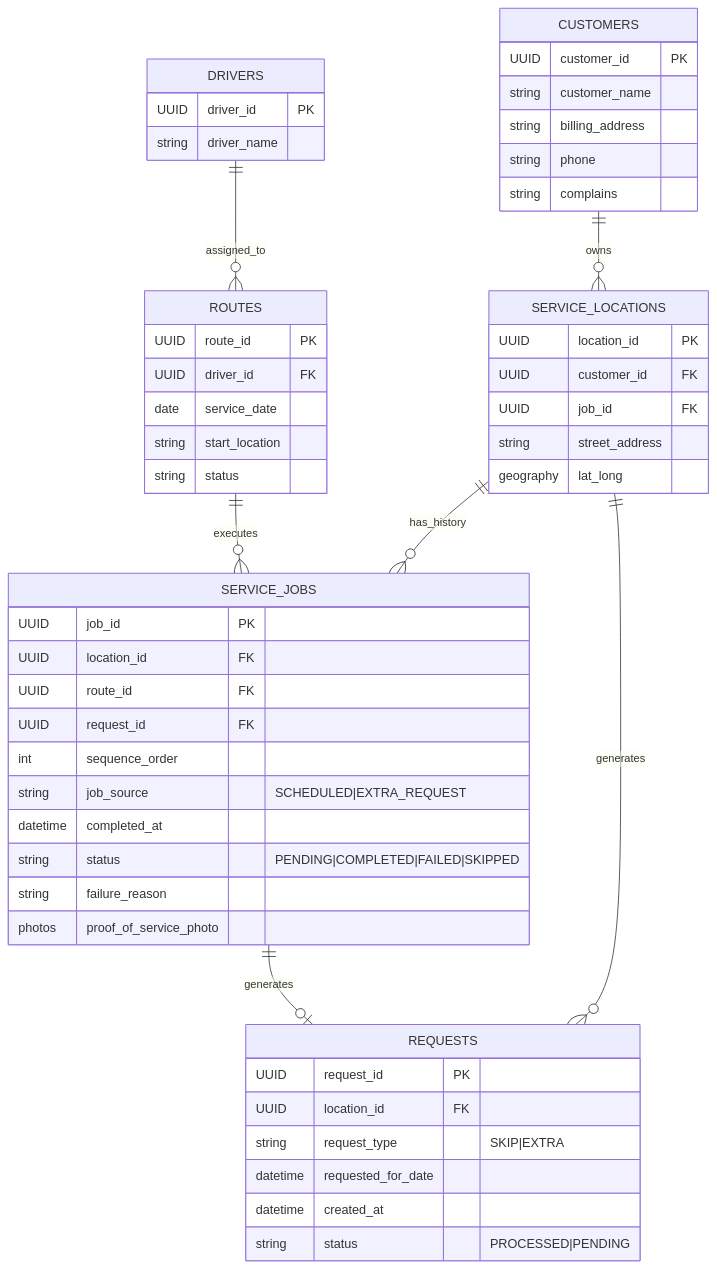
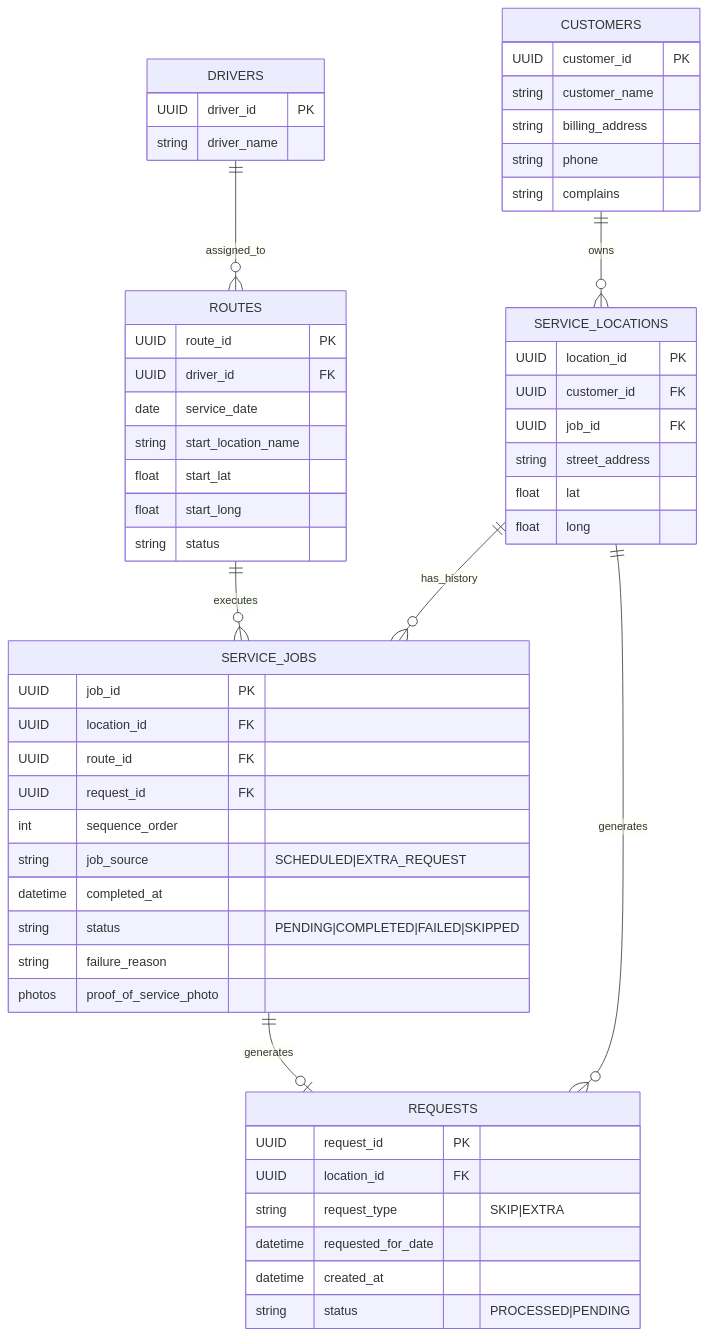
Before and after one commit to Demonico/dsd-feb-26-cohort: the diagram in erd.md, drawn with Mermaid. The commit also changed 1 other file, not shown here.

Commit message:
update ERD and table.py

````diff
--- a/erd.md
+++ b/erd.md
@@ -1,62 +1,65 @@
 ```mermaid
 erDiagram
     CUSTOMERS {
         UUID customer_id PK
         string customer_name
         string billing_address
         string phone
         string complains
     }
 
     SERVICE_LOCATIONS {
         UUID location_id PK
         UUID customer_id FK
         UUID job_id FK
         string street_address
-        geography lat_long
+        float lat
+        float long
     }
 
     DRIVERS {
         UUID driver_id PK
         string driver_name
     }
 
     %% Dynamic / Daily Data
     ROUTES {
         UUID route_id PK
         UUID driver_id FK
         date service_date
-        string start_location
+        string start_location_name
+        float start_lat
+        float start_long
         string status
     }
 
     SERVICE_JOBS {
         UUID job_id PK
         UUID location_id FK
         UUID route_id FK
         UUID request_id FK
         int sequence_order
         string job_source "SCHEDULED|EXTRA_REQUEST"
         datetime completed_at
         string status "PENDING|COMPLETED|FAILED|SKIPPED"
         string failure_reason
         photos proof_of_service_photo
     }
 
     REQUESTS {
         UUID request_id PK
         UUID location_id FK
         string request_type "SKIP|EXTRA"
         datetime requested_for_date
         datetime created_at
         string status "PROCESSED|PENDING"
     }
 
     %% Relationships
     CUSTOMERS ||--o{ SERVICE_LOCATIONS : "owns"
     DRIVERS ||--o{ ROUTES : "assigned_to"
     ROUTES ||--o{ SERVICE_JOBS : "executes"
     SERVICE_JOBS ||--o| REQUESTS : "generates"
     SERVICE_LOCATIONS ||--o{ SERVICE_JOBS : "has_history"
     SERVICE_LOCATIONS ||--o{ REQUESTS : "generates"
 ```
````
